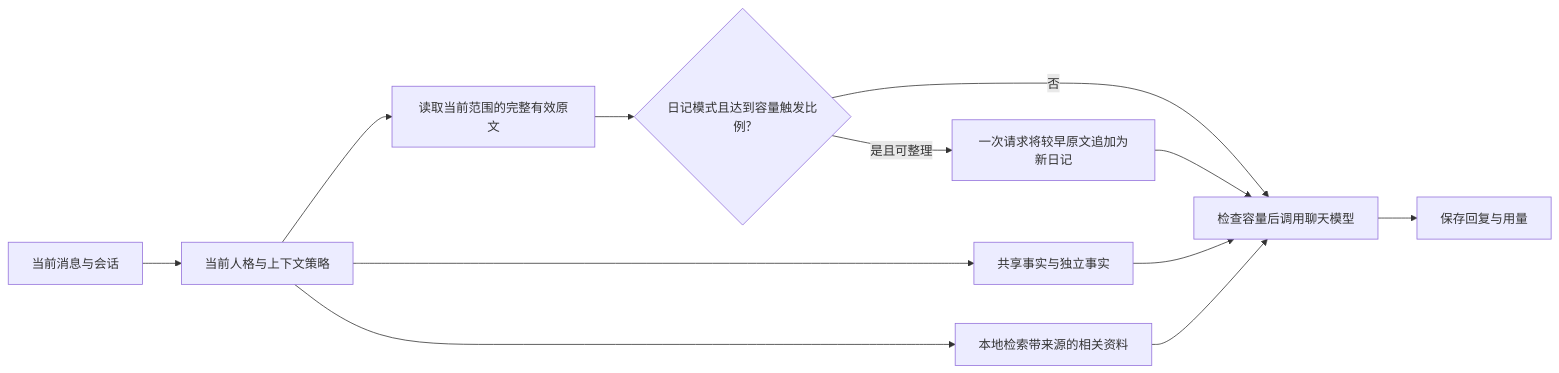
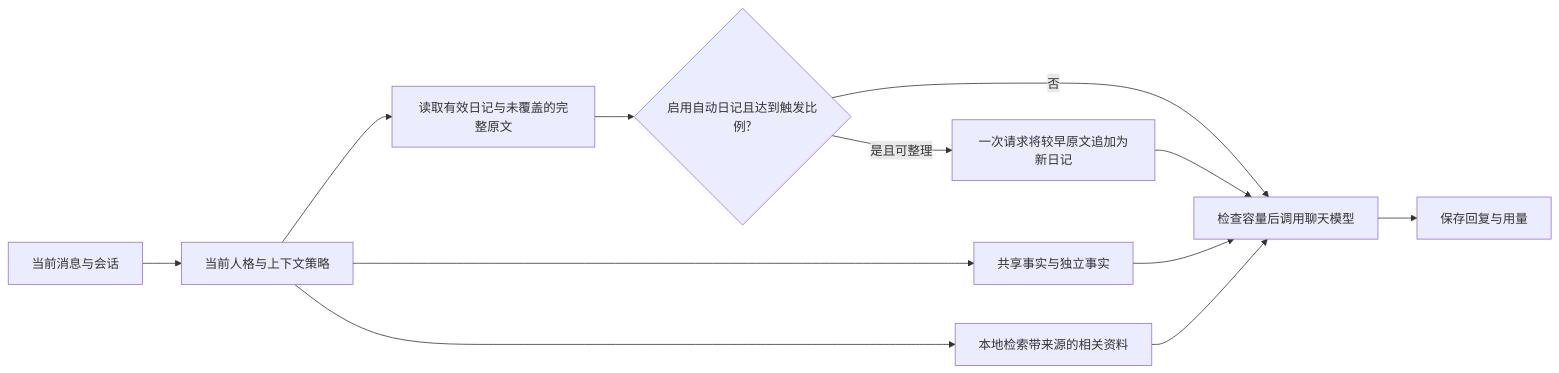
Before and after one commit to FelixTaXk/whalelife: the diagram in architecture/MEMORY.md, drawn with Mermaid. The commit also changed other lines of this file and 15 other files, not shown here.

````diff
--- a/architecture/MEMORY.md
+++ b/architecture/MEMORY.md
@@ -100,14 +100,14 @@
 ```mermaid
 flowchart LR
   A[当前消息与会话] --> B[当前人格与上下文策略]
   B --> C[共享事实与独立事实]
-  B --> D[读取当前范围的完整有效原文]
+  B --> D[读取有效日记与未覆盖的完整原文]
   B --> E[本地检索带来源的相关资料]
-  D --> K{日记模式且达到容量触发比例?}
+  D --> K{启用自动日记且达到触发比例?}
   K -->|是且可整理| L[一次请求将较早原文追加为新日记]
   K -->|否| F[检查容量后调用聊天模型]
   L --> F
   C --> F
   E --> F
   F --> G[保存回复与用量]
 ```
````
